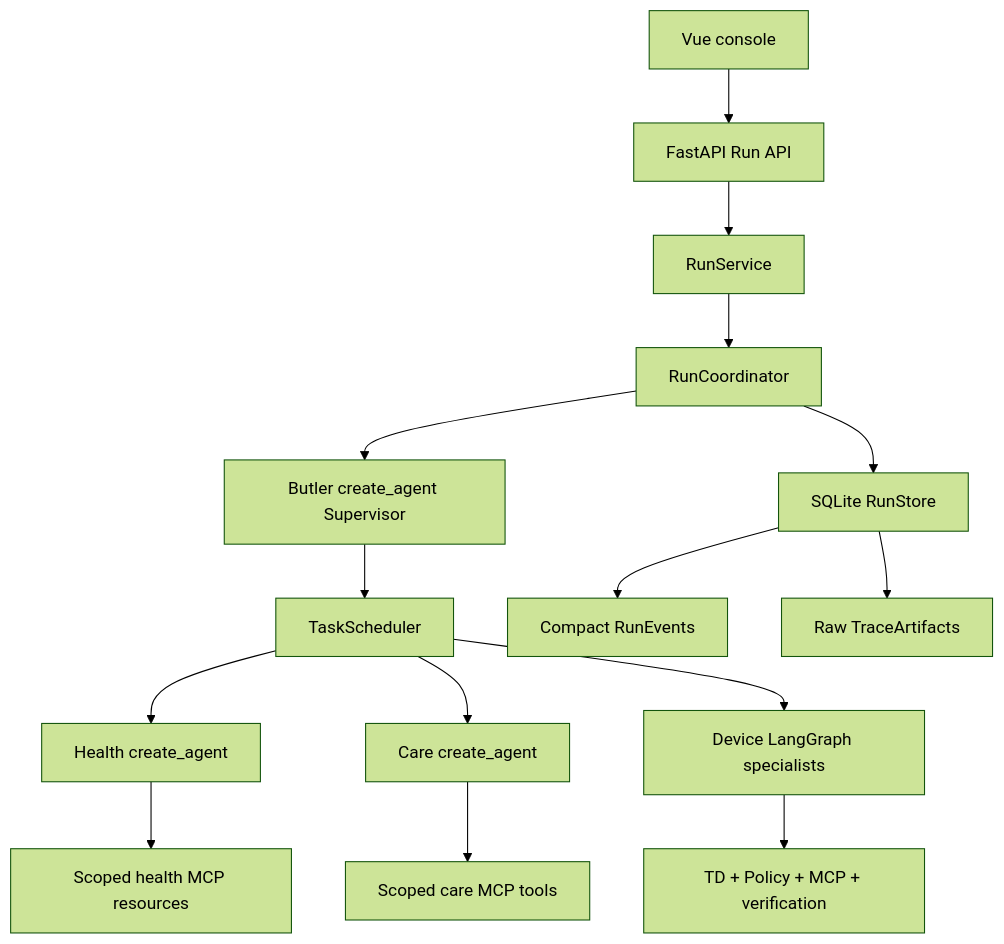
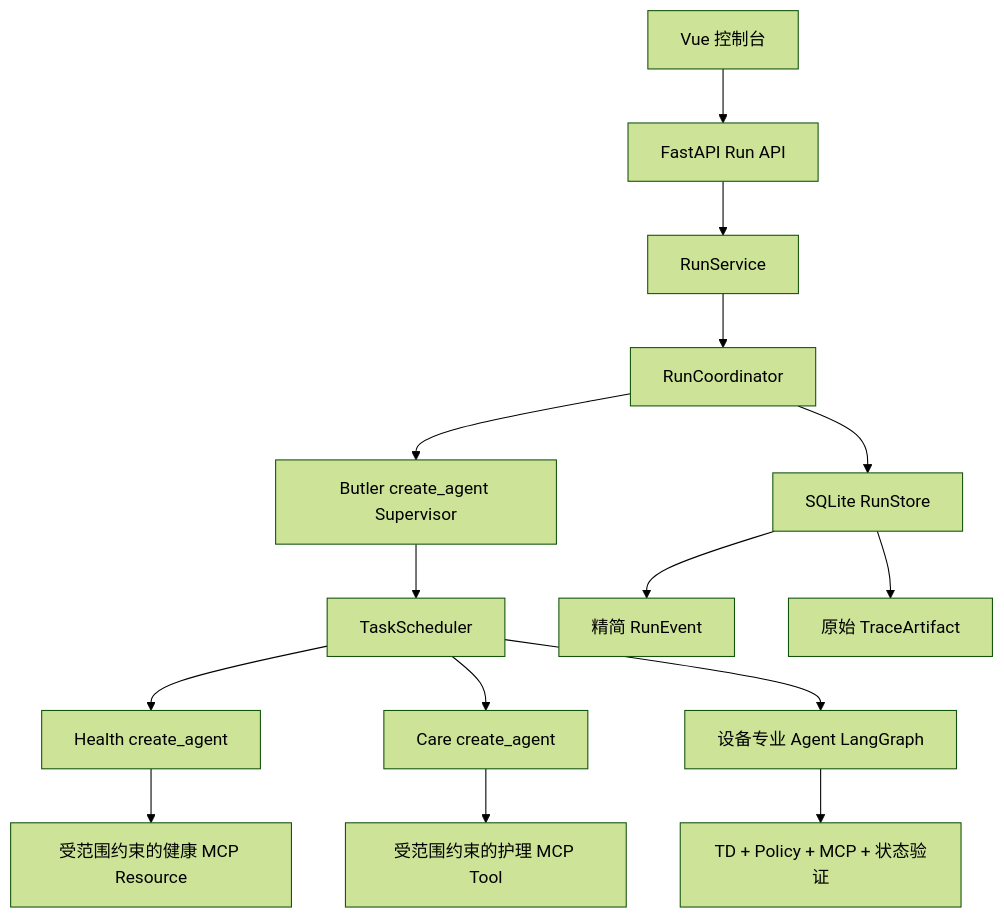
Before and after one commit to GoldenGYQ/WoTAgent: the diagram in doc/TECHNICAL_GUIDE.md, drawn with Mermaid (forest theme). The commit also changed other lines of this file and 19 other files, not shown here.

````diff
--- a/doc/TECHNICAL_GUIDE.md
+++ b/doc/TECHNICAL_GUIDE.md
@@ -20,17 +19,17 @@
 ```mermaid
 flowchart TD
-    UI[Vue console] --> API[FastAPI Run API]
+    UI[Vue 控制台] --> API[FastAPI Run API]
     API --> RS[RunService]
     RS --> RC[RunCoordinator]
     RC --> SUP[Butler create_agent Supervisor]
     SUP --> SCH[TaskScheduler]
     SCH --> H[Health create_agent]
     SCH --> C[Care create_agent]
-    SCH --> D[Device LangGraph specialists]
-    H --> HMCP[Scoped health MCP resources]
-    C --> CMCP[Scoped care MCP tools]
-    D --> TD[TD + Policy + MCP + verification]
+    SCH --> D[设备专业 Agent LangGraph]
+    H --> HMCP[受范围约束的健康 MCP Resource]
+    C --> CMCP[受范围约束的护理 MCP Tool]
+    D --> TD[TD + Policy + MCP + 状态验证]
     RC --> STORE[SQLite RunStore]
-    STORE --> EVT[Compact RunEvents]
-    STORE --> RAW[Raw TraceArtifacts]
+    STORE --> EVT[精简 RunEvent]
+    STORE --> RAW[原始 TraceArtifact]
 ```
````
